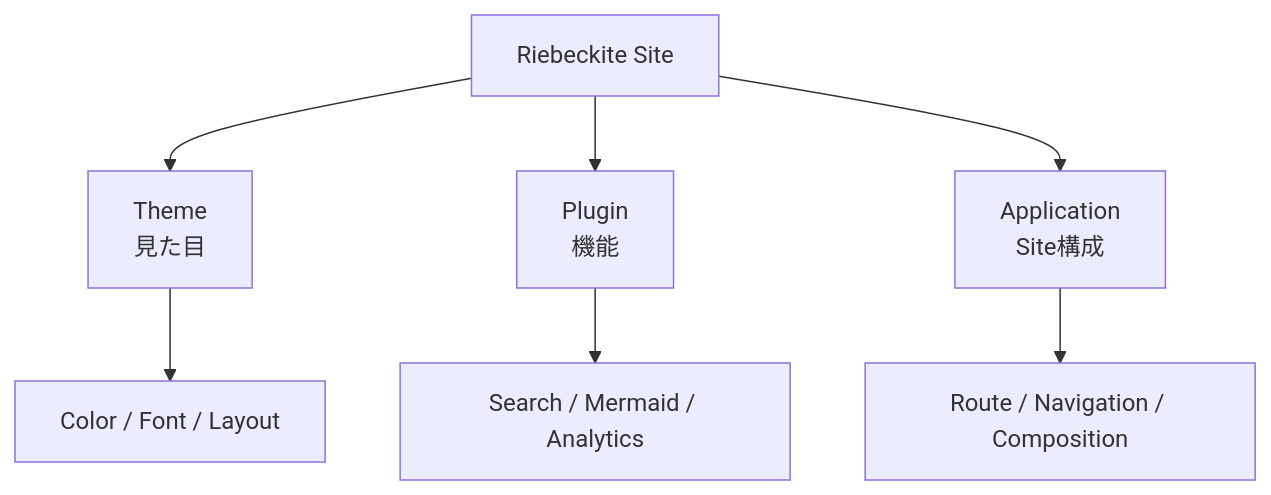
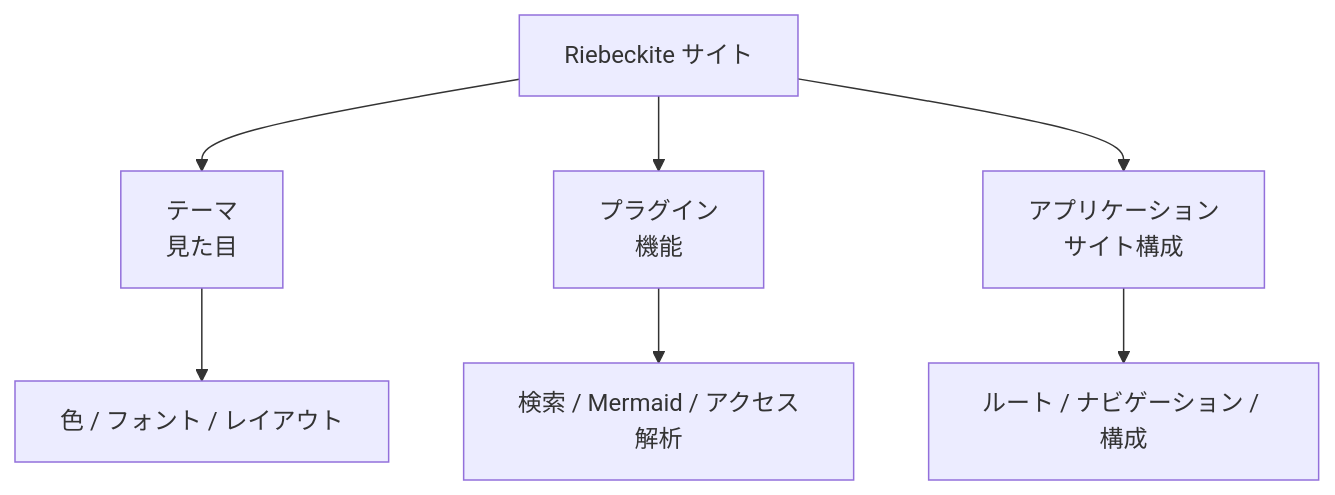
One commit to Rerurate514/riebeckite changed the fourth of 4 diagrams in docs/docs/themes/README.ja.md. Above: the diagram before and after it, drawn with Mermaid. The commit also changed other lines of this file and 310 other files, not shown here.

````diff
--- a/docs/docs/themes/README.ja.md
+++ b/docs/docs/themes/README.ja.md
@@ -433,12 +411,12 @@
 ```mermaid id="3yr4cd"
 flowchart TD
-    Site["Riebeckite Site"]
+    Site["Riebeckite サイト"]
 
-    Site --> Theme["Theme<br/>見た目"]
-    Site --> Plugin["Plugin<br/>機能"]
-    Site --> App["Application<br/>Site構成"]
+    Site --> Theme["テーマ<br/>見た目"]
+    Site --> Plugin["プラグイン<br/>機能"]
+    Site --> App["アプリケーション<br/>サイト構成"]
 
-    Theme --> CSS["Color / Font / Layout"]
-    Plugin --> Feature["Search / Mermaid / Analytics"]
-    App --> Page["Route / Navigation / Composition"]
+    Theme --> CSS["色 / フォント / レイアウト"]
+    Plugin --> Feature["検索 / Mermaid / アクセス解析"]
+    App --> Page["ルート / ナビゲーション / 構成"]
 ```
````
